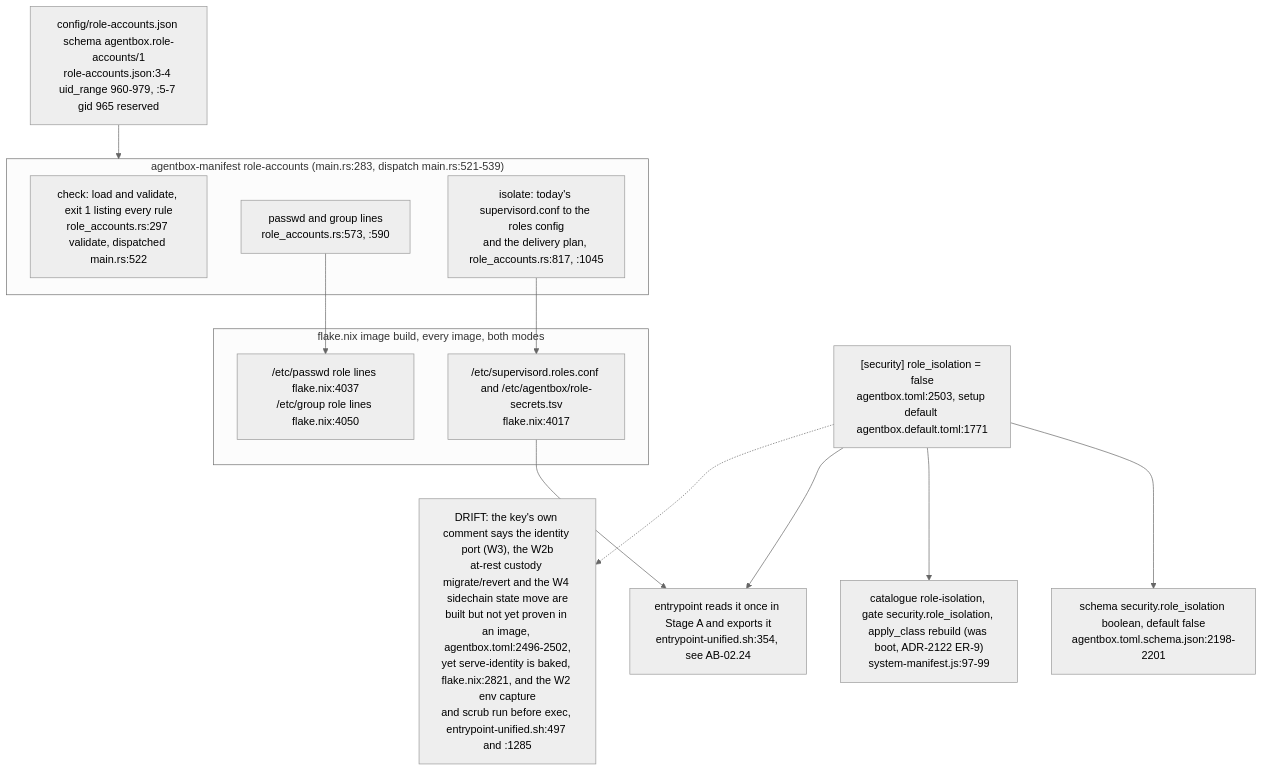
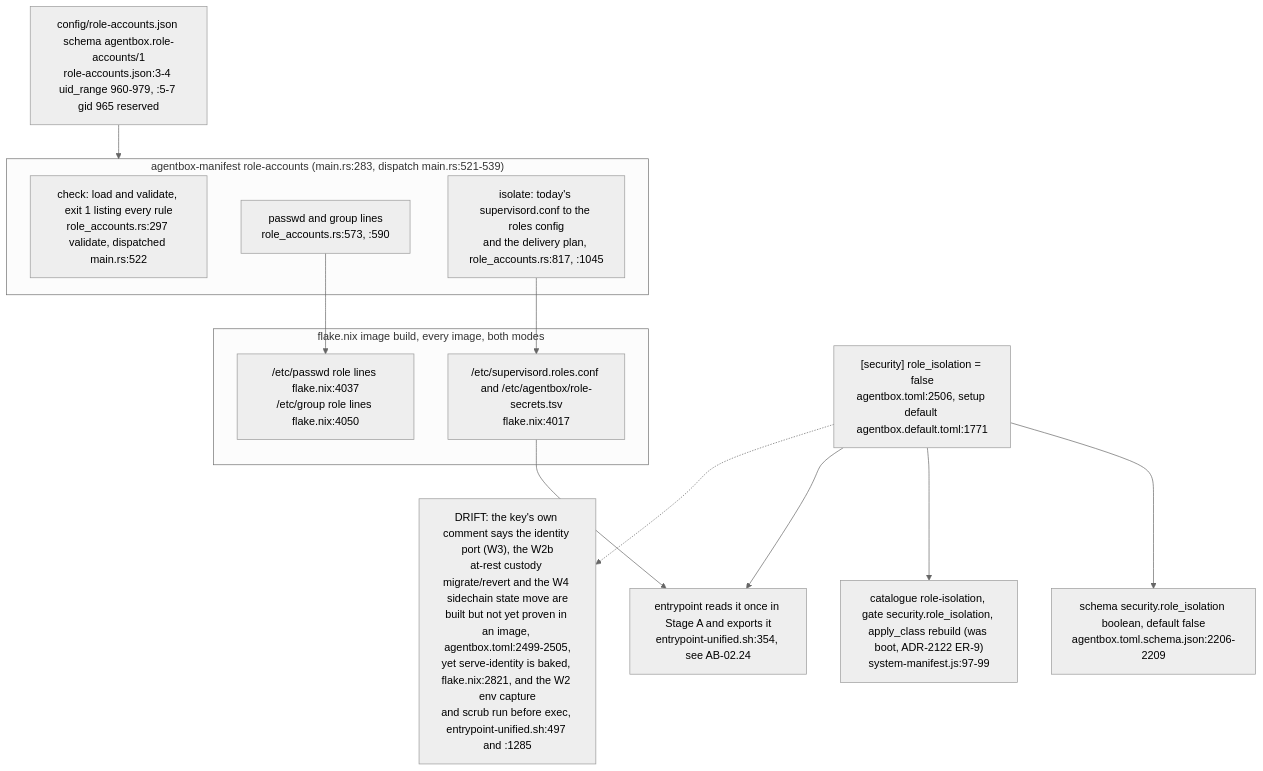
One commit to DreamLab-AI/VisionFlow changed diagram 15 of 16 in docs/diagrams/agentbox/05-manifest-gates-and-cli.md. Above: the diagram before and after it, drawn with Mermaid (neutral theme). The commit also changed other lines of this file and 142 other files, not shown here.

First line of the commit message:
docs(diagrams): one System One route; re-verify 140 topics at today's heads

````diff
--- a/docs/diagrams/agentbox/05-manifest-gates-and-cli.md
+++ b/docs/diagrams/agentbox/05-manifest-gates-and-cli.md
@@ -547,25 +547,25 @@
 ```mermaid
 flowchart TB
-    KEY["[security] role_isolation = false<br/>agentbox.toml:2503, setup default agentbox.default.toml:1771"]
-    SCH["schema security.role_isolation boolean, default false<br/>agentbox.toml.schema.json:2198-2201"]
+    KEY["[security] role_isolation = false<br/>agentbox.toml:2506, setup default agentbox.default.toml:1771"]
+    SCH["schema security.role_isolation boolean, default false<br/>agentbox.toml.schema.json:2206-2209"]
     CATE["catalogue role-isolation, gate security.role_isolation, apply_class rebuild (was boot, ADR-2122 ER-9)<br/>system-manifest.js:97-99"]
     TBL["config/role-accounts.json schema agentbox.role-accounts/1<br/>role-accounts.json:3-4 uid_range 960-979, :5-7 gid 965 reserved"]
     subgraph CLI["agentbox-manifest role-accounts (main.rs:283, dispatch main.rs:521-539)"]
         CHK["check: load and validate, exit 1 listing every rule<br/>role_accounts.rs:297 validate, dispatched main.rs:522"]
         PW["passwd and group lines<br/>role_accounts.rs:573, :590"]
         ISO["isolate: today's supervisord.conf to the roles config<br/>and the delivery plan, role_accounts.rs:817, :1045"]
     end
     subgraph BUILD["flake.nix image build, every image, both modes"]
         B1["/etc/supervisord.roles.conf and /etc/agentbox/role-secrets.tsv<br/>flake.nix:4017"]
         B2["/etc/passwd role lines flake.nix:4037<br/>/etc/group role lines flake.nix:4050"]
     end
     BOOT["entrypoint reads it once in Stage A and exports it<br/>entrypoint-unified.sh:354, see AB-02.24"]
     KEY --> SCH
     KEY --> CATE
     KEY --> BOOT
     TBL --> CLI
     PW --> B2
     ISO --> B1
     B1 --> BOOT
-    KEY -.-> DRIFT["DRIFT: the key's own comment says the identity port (W3), the W2b<br/>at-rest custody migrate/revert and the W4 sidechain state move are<br/>built but not yet proven in an image, agentbox.toml:2496-2502,<br/>yet serve-identity is baked, flake.nix:2821, and the W2 env capture<br/>and scrub run before exec, entrypoint-unified.sh:497 and :1285"]
+    KEY -.-> DRIFT["DRIFT: the key's own comment says the identity port (W3), the W2b<br/>at-rest custody migrate/revert and the W4 sidechain state move are<br/>built but not yet proven in an image, agentbox.toml:2499-2505,<br/>yet serve-identity is baked, flake.nix:2821, and the W2 env capture<br/>and scrub run before exec, entrypoint-unified.sh:497 and :1285"]
 ```
````
